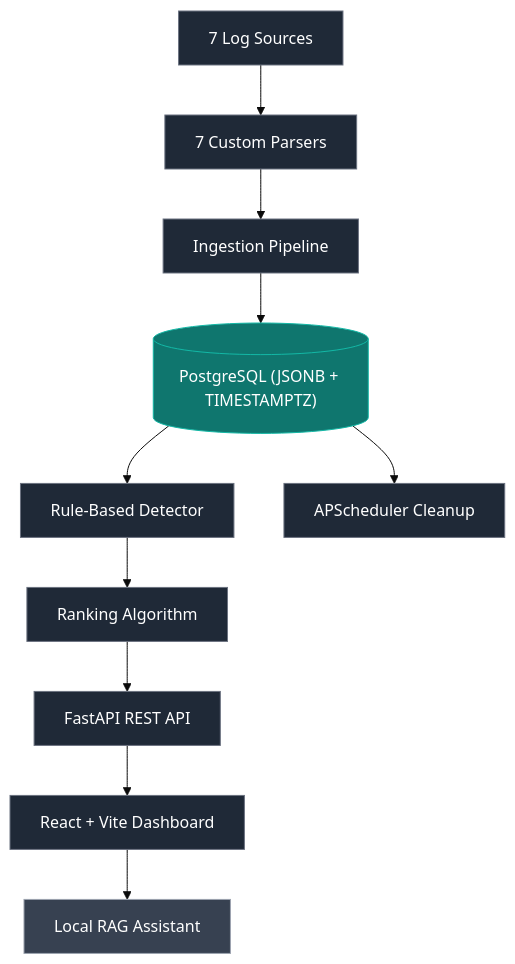
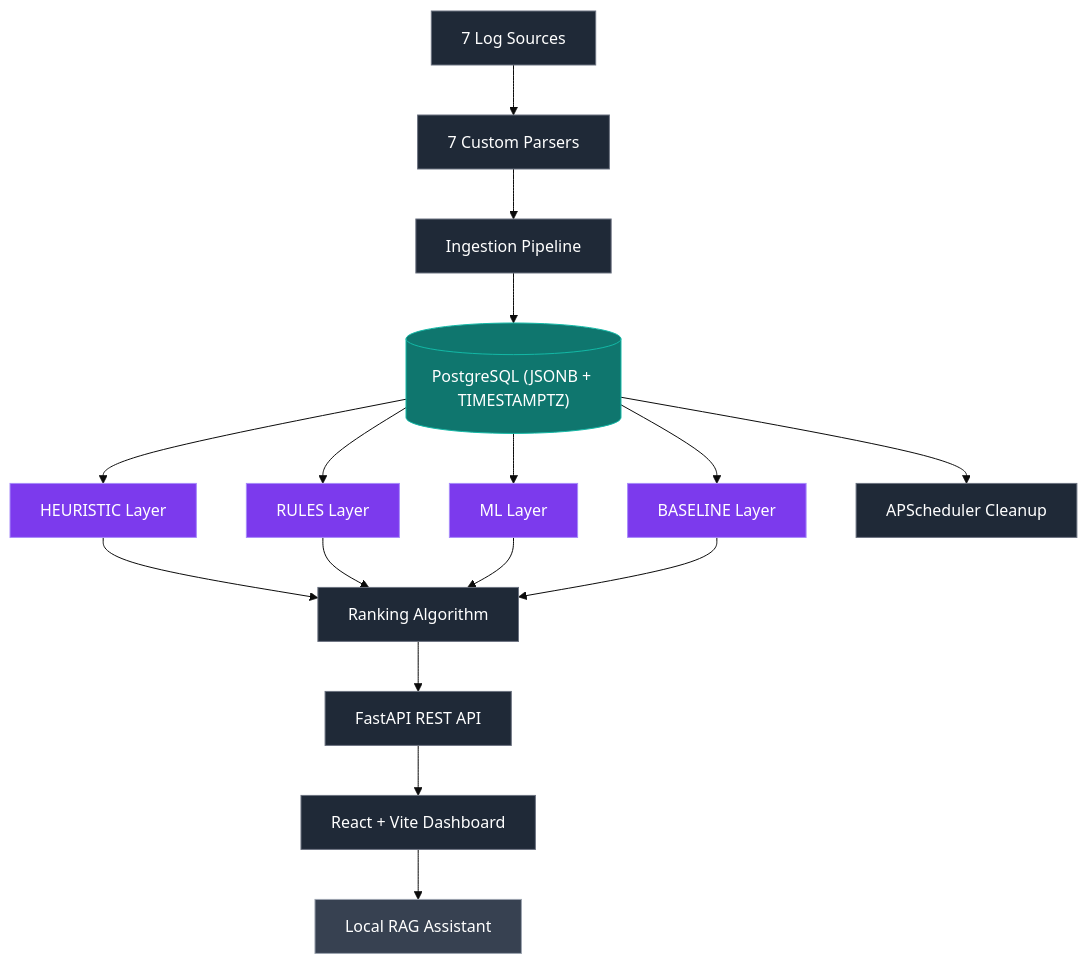
The first of 2 diagrams in README.md (AhmedIkram05/laad), drawn with Mermaid (base theme) before and after one commit. The commit also changed other lines of this file and 3 other files, not shown here.

````diff
--- a/README.md
+++ b/README.md
@@ -50,25 +50,38 @@
 ```mermaid
 flowchart TD
   S["7 Log Sources"]
   P["7 Custom Parsers"]
   I["Ingestion Pipeline"]
     DB[("PostgreSQL (JSONB + TIMESTAMPTZ)")]
-  RB["Rule-Based Detector"]
+  HEUR["HEURISTIC Layer"]
+  RULES["RULES Layer"]
+  ML["ML Layer"]
+  BASELINE["BASELINE Layer"]
   RK["Ranking Algorithm"]
   CL["APScheduler Cleanup"]
   API["FastAPI REST API"]
   UI["React + Vite Dashboard"]
   RAG["Local RAG Assistant"]
 
   S --> P --> I --> DB
-  DB --> RB --> RK --> API --> UI --> RAG
+  DB --> HEUR
+  DB --> RULES
+  DB --> ML
+  DB --> BASELINE
+  HEUR --> RK
+  RULES --> RK
+  ML --> RK
+  BASELINE --> RK
+  RK --> API --> UI --> RAG
   DB --> CL
 
   classDef core fill:#1f2937,stroke:#6b7280,color:#ffffff;
   classDef db fill:#0f766e,stroke:#14b8a6,color:#ffffff;
+  classDef det fill:#7c3aed,stroke:#a78bfa,color:#ffffff;
   classDef ext fill:#374151,stroke:#9ca3af,color:#ffffff;
 
-  class S,P,I,RB,RK,CL,API,UI core;
+  class S,P,I,RK,CL,API,UI core;
   class DB db;
+  class HEUR,RULES,ML,BASELINE det;
   class RAG ext;
 ```
````
